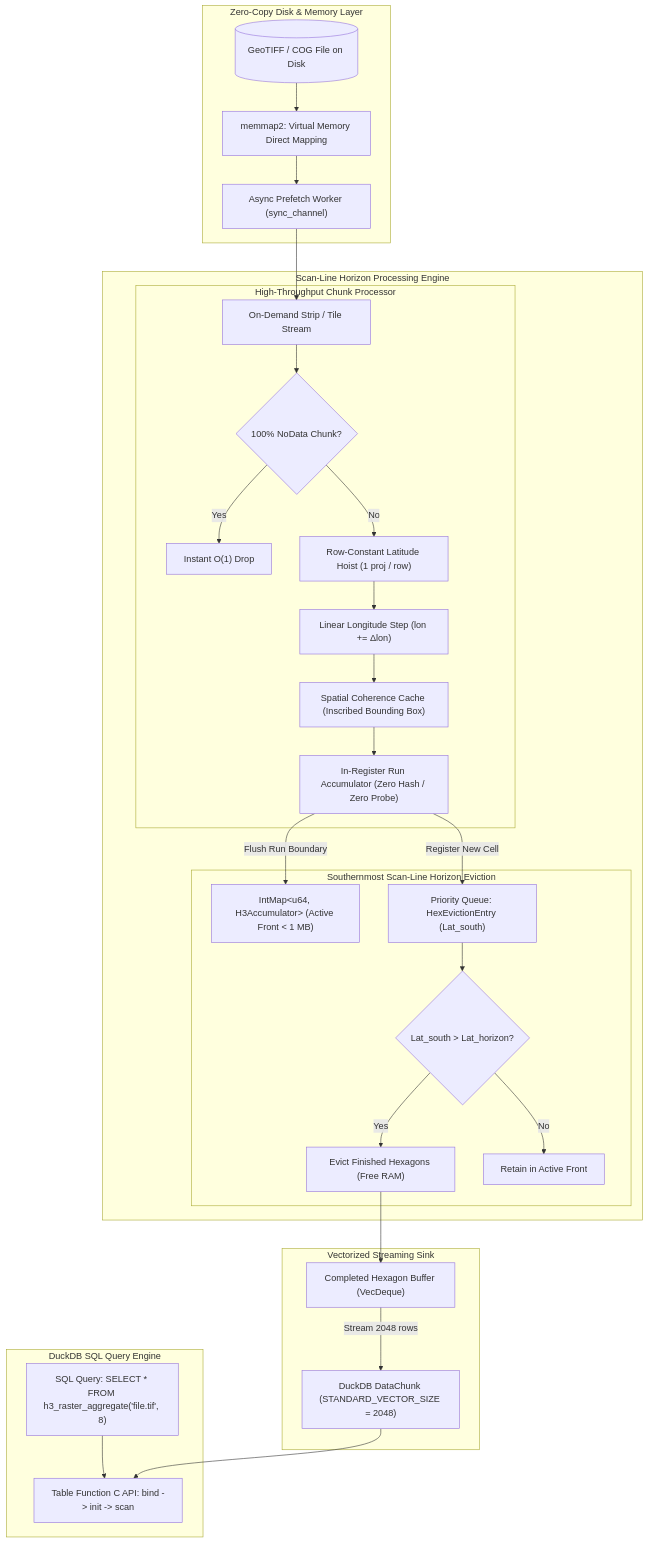
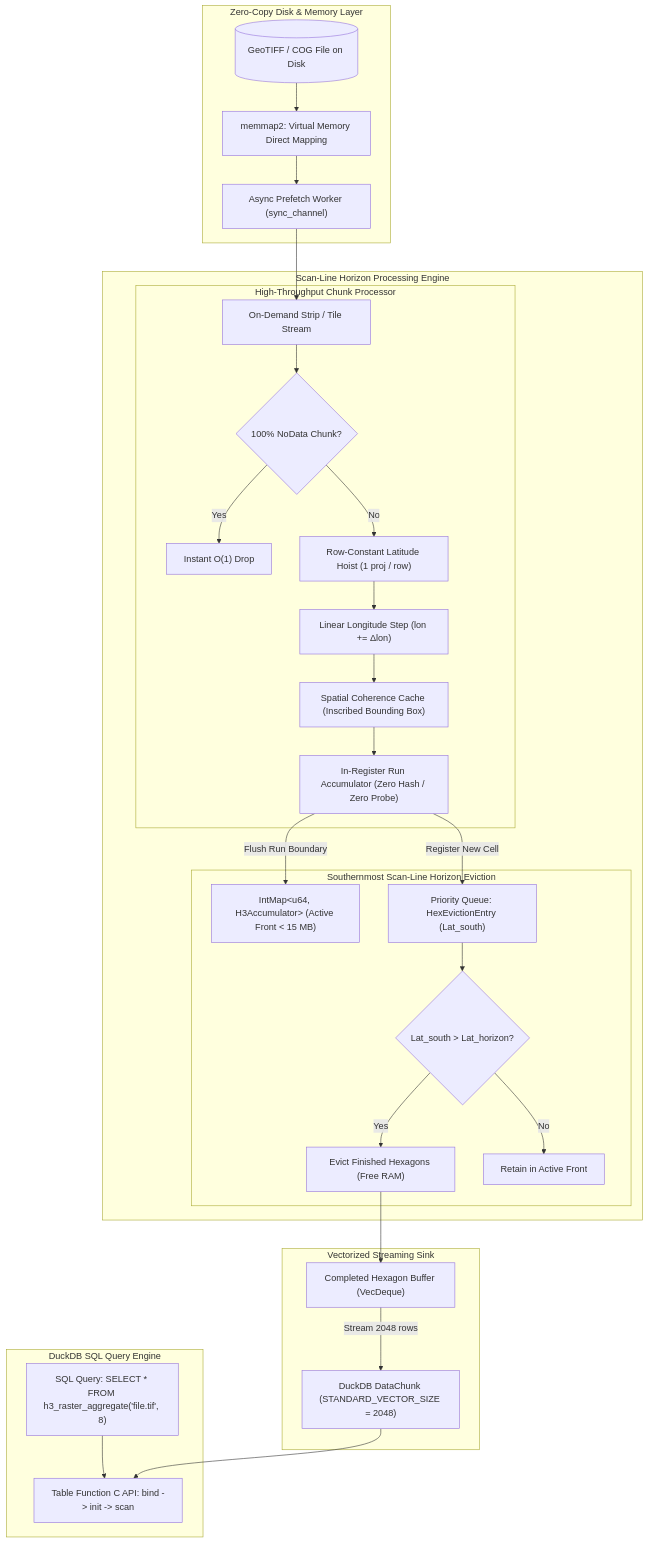
The diagram in README.md (dmuldrew/raster_h3), drawn with Mermaid before and after one commit. The commit also changed other lines of this file, not shown here.

````diff
--- a/README.md
+++ b/README.md
@@ -180,49 +333,49 @@
 ```mermaid
 flowchart TD
     subgraph DuckDB ["DuckDB SQL Query Engine"]
         SQL["SQL Query: SELECT * FROM h3_raster_aggregate('file.tif', 8)"]
         TF["Table Function C API: bind -> init -> scan"]
         SQL --> TF
     end
 
     subgraph IO ["Zero-Copy Disk & Memory Layer"]
         FILE[("GeoTIFF / COG File on Disk")]
         MMAP["memmap2: Virtual Memory Direct Mapping"]
         PREFETCH["Async Prefetch Worker (sync_channel)"]
         FILE --> MMAP --> PREFETCH
     end
 
     subgraph PIPELINE ["Scan-Line Horizon Processing Engine"]
         CHUNK["On-Demand Strip / Tile Stream"]
         PREFETCH --> CHUNK
 
         subgraph WORKER ["High-Throughput Chunk Processor"]
             NODATA{"100% NoData Chunk?"}
             CHUNK --> NODATA
             NODATA -- "Yes" --> SKIP["Instant O(1) Drop"]
             NODATA -- "No" --> HOIST["Row-Constant Latitude Hoist (1 proj / row)"]
             HOIST --> STEP["Linear Longitude Step (lon += Δlon)"]
             STEP --> CACHE["Spatial Coherence Cache (Inscribed Bounding Box)"]
             CACHE --> RUN["In-Register Run Accumulator (Zero Hash / Zero Probe)"]
         end
 
         subgraph HORIZON ["Southernmost Scan-Line Horizon Eviction"]
-            ACTIVE_MAP["IntMap&lt;u64, H3Accumulator&gt; (Active Front &lt; 1 MB)"]
+            ACTIVE_MAP["IntMap&lt;u64, H3Accumulator&gt; (Active Front &lt; 15 MB)"]
             QUEUE["Priority Queue: HexEvictionEntry (Lat_south)"]
             RUN -->|"Flush Run Boundary"| ACTIVE_MAP
             RUN -->|"Register New Cell"| QUEUE
             EVICT{"Lat_south > Lat_horizon?"}
             QUEUE --> EVICT
             EVICT -- "Yes" --> POP["Evict Finished Hexagons (Free RAM)"]
             EVICT -- "No" --> KEEP["Retain in Active Front"]
         end
     end
 
     subgraph OUTPUT ["Vectorized Streaming Sink"]
         BUFFER["Completed Hexagon Buffer (VecDeque)"]
         POP --> BUFFER
         CHUNK_OUT["DuckDB DataChunk (STANDARD_VECTOR_SIZE = 2048)"]
         BUFFER -->|"Stream 2048 rows"| CHUNK_OUT
         CHUNK_OUT --> TF
     end
 ```
````
